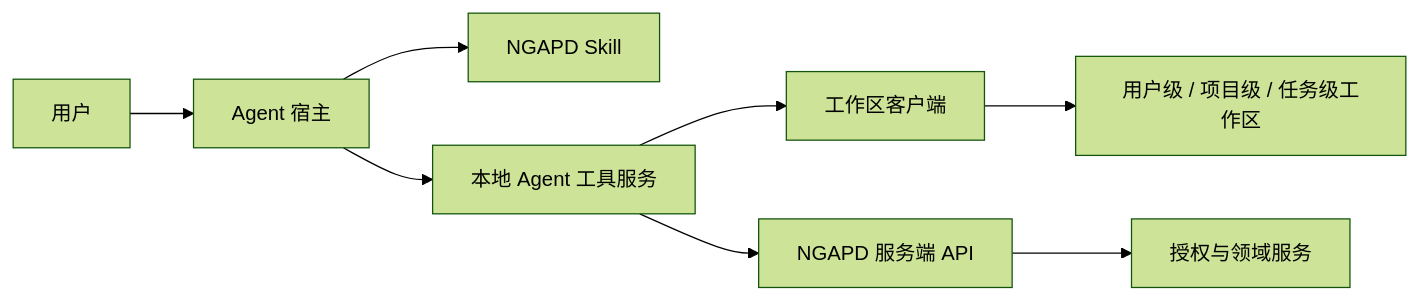
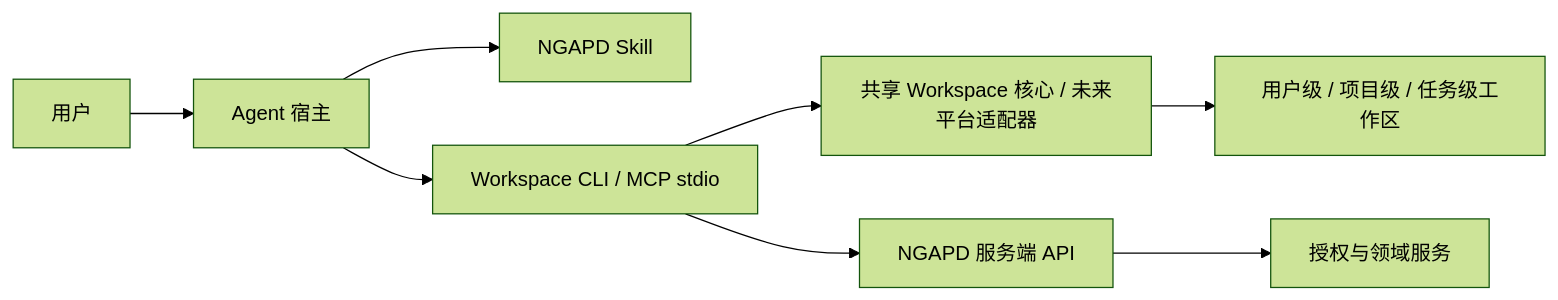
The diagram in docs/06-agent-integration.md (V-sion-V/NGAPD), drawn with Mermaid (forest theme) before and after one commit. The commit also changed other lines of this file and 50 other files, not shown here.

Commit message:
feat: replace desktop shell with workspace CLI

````diff
--- a/docs/06-agent-integration.md
+++ b/docs/06-agent-integration.md
@@ -21,10 +21,10 @@
 ```mermaid
 flowchart LR
     User["用户"] --> Host["Agent 宿主"]
     Host --> Skill["NGAPD Skill"]
-    Host --> Tools["本地 Agent 工具服务"]
-    Tools --> Client["工作区客户端"]
+    Host --> Tools["Workspace CLI / MCP stdio"]
+    Tools --> Client["共享 Workspace 核心 / 未来平台适配器"]
     Tools --> API["NGAPD 服务端 API"]
     Client --> FS["用户级 / 项目级 / 任务级工作区"]
     API --> Domain["授权与领域服务"]
 ```
````
